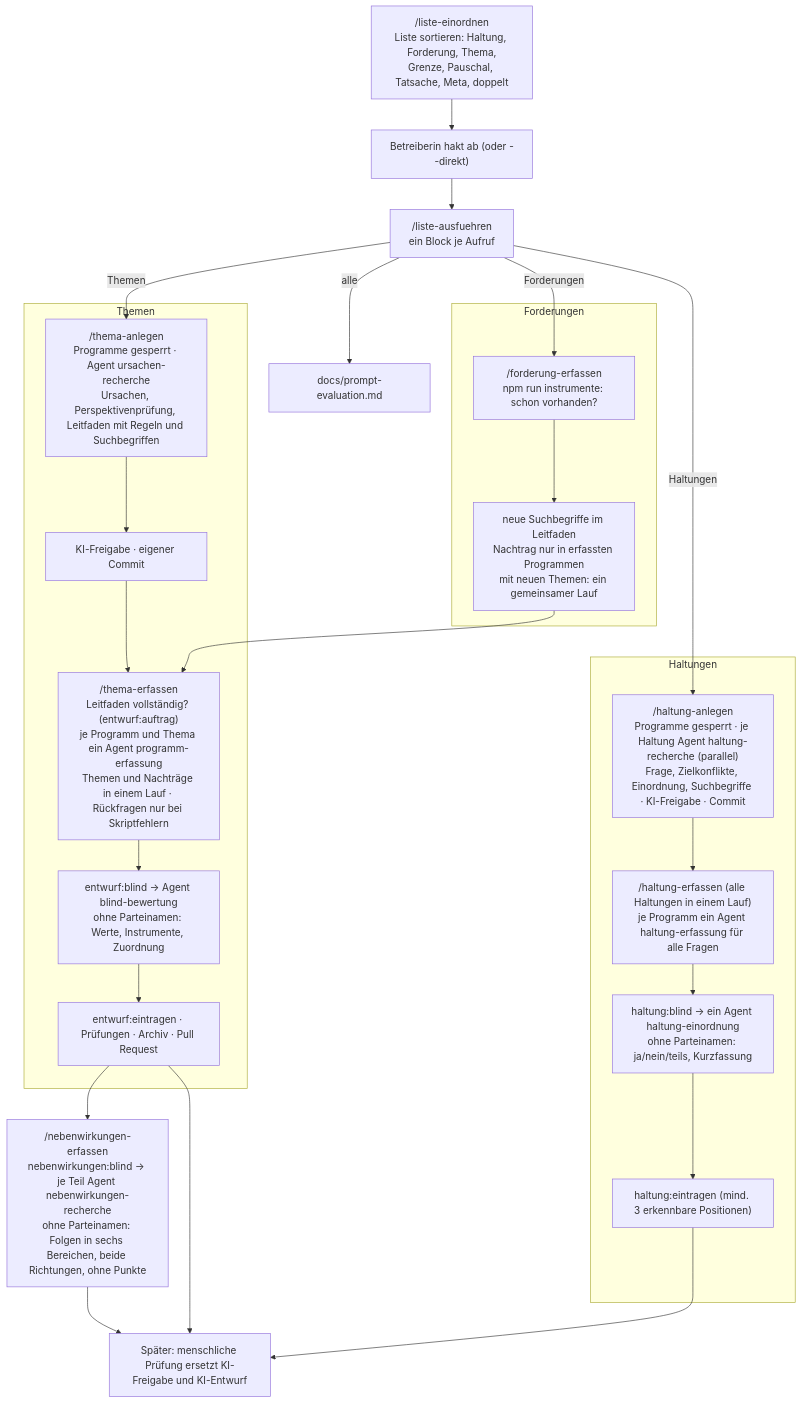
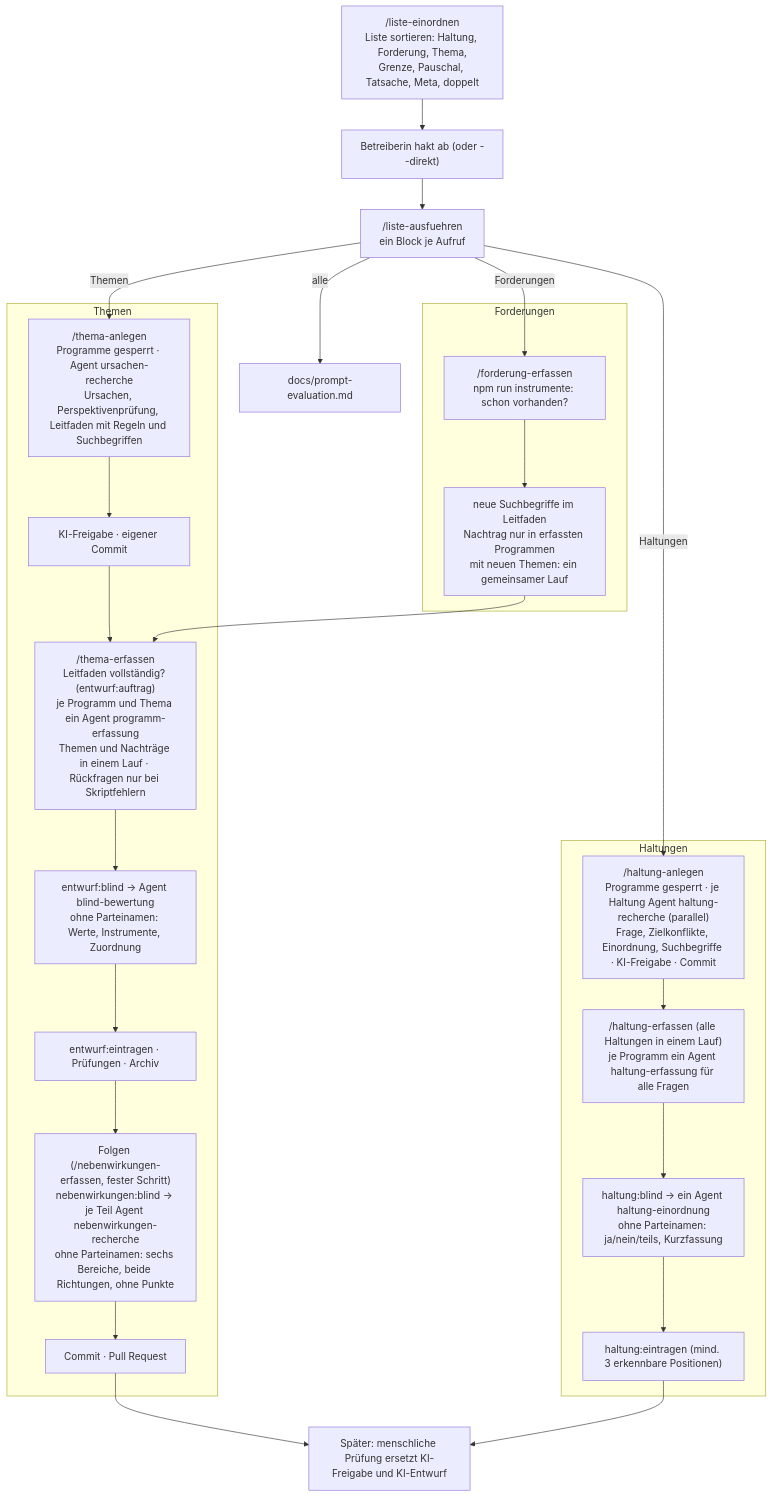
One commit to politik-duell/politik-duell changed the diagram in .claude/skills/README.md. Above: the diagram before and after it, drawn with Mermaid. The commit also changed 3 other files, not shown here.

First line of the commit message:
/thema-erfassen: Folgen über das Thema hinaus als fester Schritt

````diff
--- a/.claude/skills/README.md
+++ b/.claude/skills/README.md
@@ -5,35 +5,35 @@
 ```mermaid
 flowchart TD
     L["/liste-einordnen<br/>Liste sortieren: Haltung, Forderung, Thema,<br/>Grenze, Pauschal, Tatsache, Meta, doppelt"]
     LA["Betreiberin hakt ab (oder --direkt)"]
     LB["/liste-ausfuehren<br/>ein Block je Aufruf"]
     L --> LA --> LB
     LB -->|Haltungen| H1
     LB -->|Themen| T1
     LB -->|Forderungen| F1
     LB -->|alle| EV["docs/prompt-evaluation.md"]
     subgraph T["Themen"]
         T1["/thema-anlegen<br/>Programme gesperrt · Agent ursachen-recherche<br/>Ursachen, Perspektivenprüfung, Leitfaden mit Regeln und Suchbegriffen"]
         T2["KI-Freigabe · eigener Commit"]
         T3["/thema-erfassen<br/>Leitfaden vollständig? (entwurf:auftrag)<br/>je Programm und Thema ein Agent programm-erfassung<br/>Themen und Nachträge in einem Lauf · Rückfragen nur bei Skriptfehlern"]
         T4["entwurf:blind → Agent blind-bewertung<br/>ohne Parteinamen: Werte, Instrumente, Zuordnung"]
-        T5["entwurf:eintragen · Prüfungen · Archiv · Pull Request"]
-        T1 --> T2 --> T3 --> T4 --> T5
+        T45["entwurf:eintragen · Prüfungen · Archiv"]
+        T46["Folgen (/nebenwirkungen-erfassen, fester Schritt)<br/>nebenwirkungen:blind → je Teil Agent nebenwirkungen-recherche<br/>ohne Parteinamen: sechs Bereiche, beide Richtungen, ohne Punkte"]
+        T5["Commit · Pull Request"]
+        T1 --> T2 --> T3 --> T4 --> T45 --> T46 --> T5
     end
     subgraph F["Forderungen"]
         F1["/forderung-erfassen<br/>npm run instrumente: schon vorhanden?"]
         F2["neue Suchbegriffe im Leitfaden<br/>Nachtrag nur in erfassten Programmen<br/>mit neuen Themen: ein gemeinsamer Lauf"]
         F1 --> F2 --> T3
     end
     subgraph H["Haltungen"]
         H1["/haltung-anlegen<br/>Programme gesperrt · je Haltung Agent haltung-recherche (parallel)<br/>Frage, Zielkonflikte, Einordnung, Suchbegriffe · KI-Freigabe · Commit"]
         H2["/haltung-erfassen (alle Haltungen in einem Lauf)<br/>je Programm ein Agent haltung-erfassung für alle Fragen"]
         H3["haltung:blind → ein Agent haltung-einordnung<br/>ohne Parteinamen: ja/nein/teils, Kurzfassung"]
         H4["haltung:eintragen (mind. 3 erkennbare Positionen)"]
         H1 --> H2 --> H3 --> H4
     end
-    T5 --> N["/nebenwirkungen-erfassen<br/>nebenwirkungen:blind → je Teil Agent nebenwirkungen-recherche<br/>ohne Parteinamen: Folgen in sechs Bereichen, beide Richtungen, ohne Punkte"]
-    N --> P
     T5 --> P["Später: menschliche Prüfung ersetzt KI-Freigabe und KI-Entwurf"]
     H4 --> P
 ```
````
